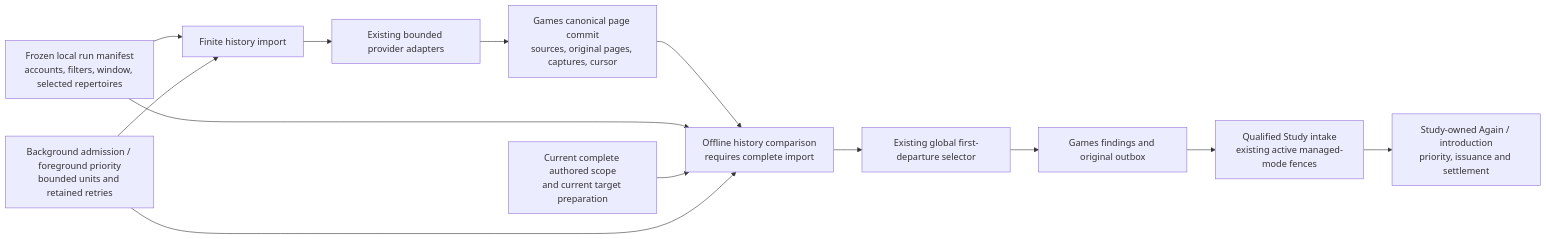
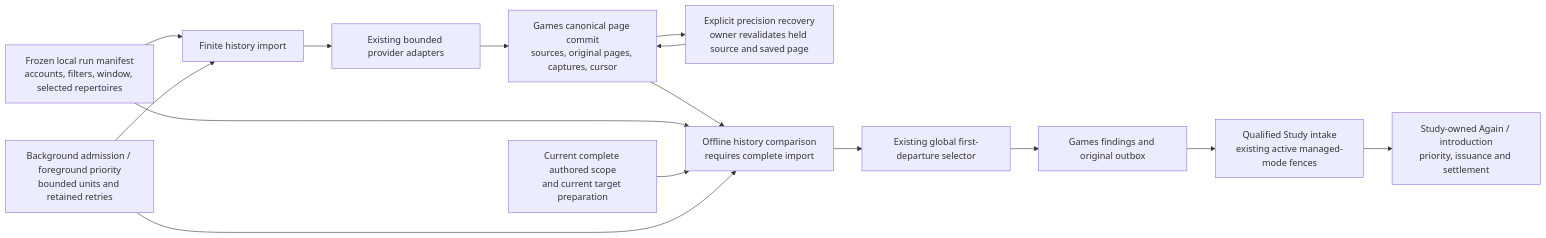
One commit to aaweaver-actuary/tempo changed the first of 8 diagrams in backend/app/product_composition/README.md. Above: the diagram before and after it, drawn with Mermaid. The commit also changed other lines of this file and 10 other files, not shown here.

````diff
--- a/backend/app/product_composition/README.md
+++ b/backend/app/product_composition/README.md
@@ -11,15 +11,17 @@
 ```mermaid
 flowchart LR
   Manifest["Frozen local run manifest<br/>accounts, filters, window, selected repertoires"] --> Import["Finite history import"]
   Import --> Providers["Existing bounded provider adapters"]
   Providers --> Commit["Games canonical page commit<br/>sources, original pages, captures, cursor"]
+  Commit --> Recovery["Explicit precision recovery<br/>owner revalidates held source and saved page"]
+  Recovery --> Commit
   Commit --> Replay["Offline history comparison<br/>requires complete import"]
   Manifest --> Replay
   Scope["Current complete authored scope<br/>and current target preparation"] --> Replay
   Replay --> Selector["Existing global first-departure selector"]
   Selector --> Facts["Games findings and original outbox"]
   Facts --> Intake["Qualified Study intake<br/>existing active managed-mode fences"]
   Intake --> Study["Study-owned Again / introduction<br/>priority, issuance and settlement"]
   Gate["Background admission / foreground priority<br/>bounded units and retained retries"] --> Import
   Gate --> Replay
 ```
````
